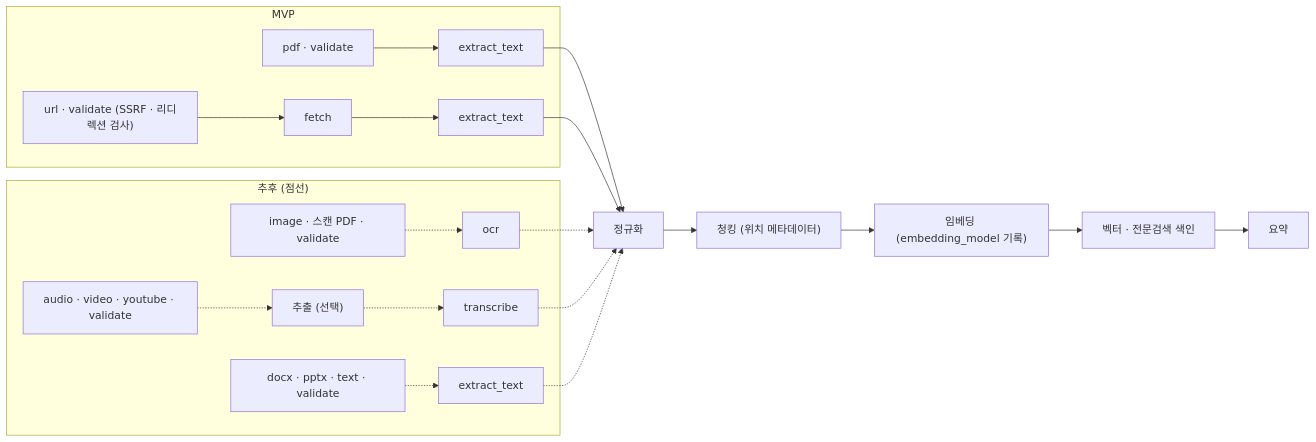
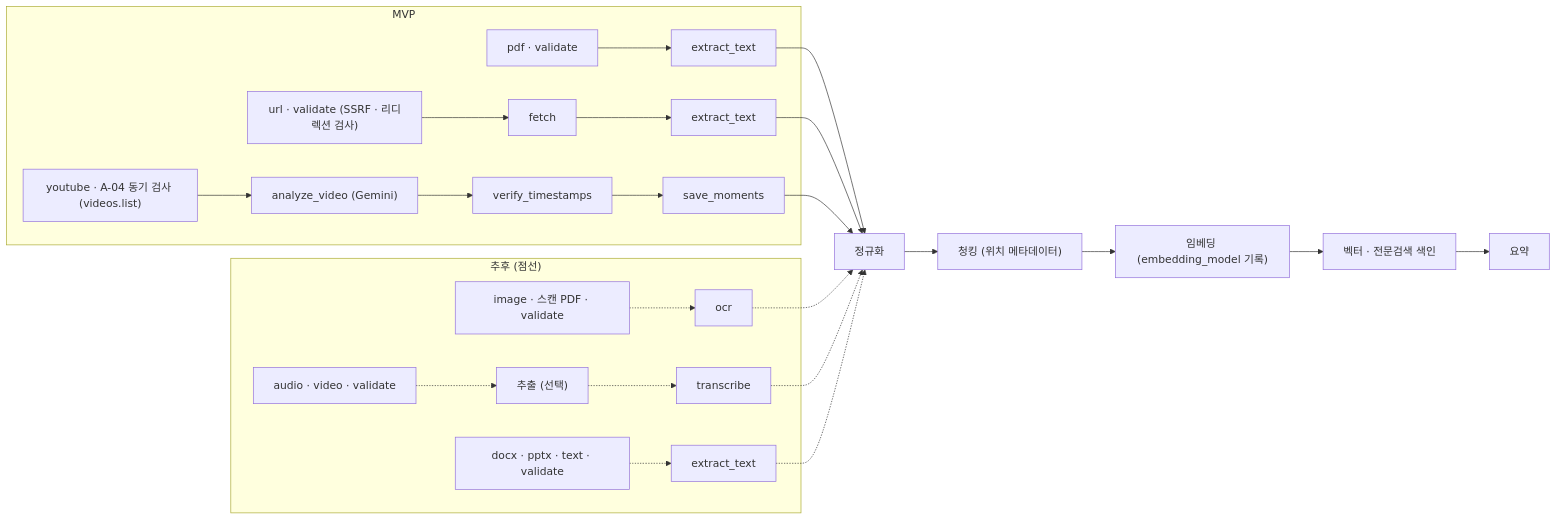
One commit to DevOps0906/KNOWFLOW-AI changed the diagram in docs/diagrams/media-pipeline.mmd. Above: the diagram before and after it, drawn with Mermaid. The commit also changed 47 other files, not shown here.

```diff
--- a/docs/diagrams/media-pipeline.mmd
+++ b/docs/diagrams/media-pipeline.mmd
@@ -1,16 +1,18 @@
 flowchart LR
   subgraph mvp ["MVP"]
     pdf_v["pdf · validate"] --> pdf_e["extract_text"]
     url_v["url · validate (SSRF · 리디렉션 검사)"] --> url_f["fetch"] --> url_e["extract_text"]
+    yt_v["youtube · A-04 동기 검사 (videos.list)"] --> yt_a["analyze_video (Gemini)"] --> yt_t["verify_timestamps"] --> yt_m["save_moments"]
   end
   subgraph later ["추후 (점선)"]
     img_v["image · 스캔 PDF · validate"] -.-> img_o["ocr"]
-    av_v["audio · video · youtube · validate"] -.-> av_x["추출 (선택)"] -.-> av_t["transcribe"]
+    av_v["audio · video · validate"] -.-> av_x["추출 (선택)"] -.-> av_t["transcribe"]
     dtp_v["docx · pptx · text · validate"] -.-> dtp_e["extract_text"]
   end
   pdf_e --> norm["정규화"]
   url_e --> norm
+  yt_m --> norm
   img_o -.-> norm
   av_t -.-> norm
   dtp_e -.-> norm
   norm --> chunk["청킹 (위치 메타데이터)"] --> emb["임베딩 (embedding_model 기록)"] --> idx["벡터 · 전문검색 색인"] --> sum["요약"]
```
